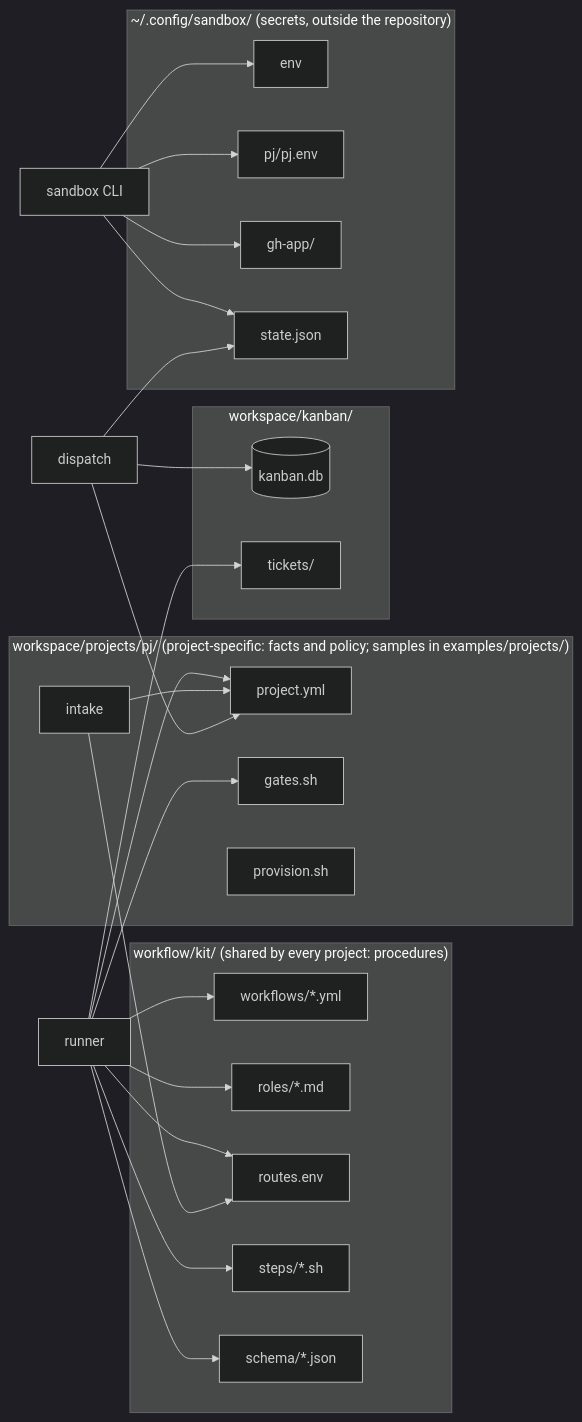
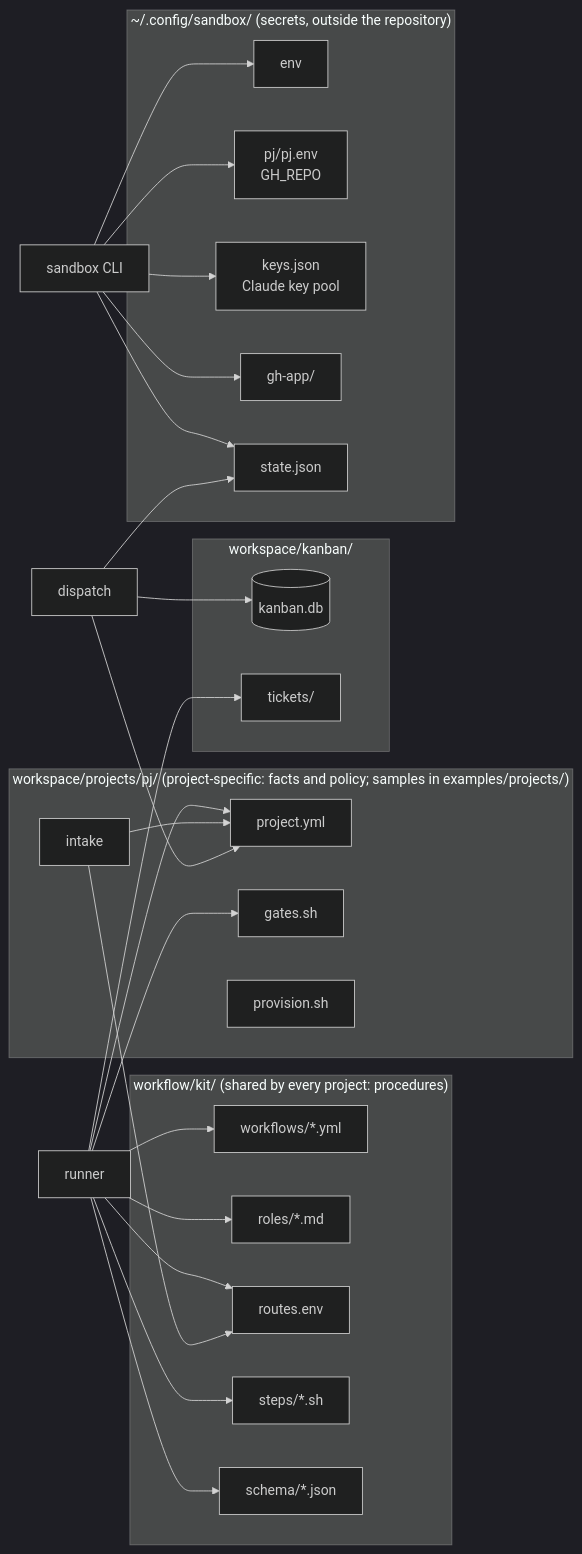
One commit to akkijp-oss/aifactory changed the diagram in website/content/en/concepts/configuration.md. Above: the diagram before and after it, drawn with Mermaid (dark theme). The commit also changed other lines of this file and 62 other files, not shown here.

First line of the commit message:
VM に渡す Claude の鍵の出どころを鍵プールだけにし、sandbox の env ファイル経路を廃止する（ADR-0060）

````diff
--- a/website/content/en/concepts/configuration.md
+++ b/website/content/en/concepts/configuration.md
@@ -7,29 +7,30 @@
 ```mermaid
 flowchart LR
   subgraph kit["workflow/kit/ (shared by every project: procedures)"]
     WF[workflows/*.yml]
     RO[roles/*.md]
     RT[routes.env]
     ST[steps/*.sh]
     SC[schema/*.json]
   end
   subgraph pj["workspace/projects/pj/ (project-specific: facts and policy; samples in examples/projects/)"]
     PY[project.yml]
     GS[gates.sh]
     PV[provision.sh]
   end
   subgraph home["~/.config/sandbox/ (secrets, outside the repository)"]
     ENV[env]
-    PJE[pj/pj.env]
+    PJE[pj/pj.env<br>GH_REPO]
+    KEYS[keys.json<br>Claude key pool]
     APP[gh-app/]
     STJ[state.json]
   end
   subgraph kb["workspace/kanban/"]
     DB[(kanban.db)]
     TK[tickets/]
   end
   RN[runner] --> WF & RO & RT & ST & SC & PY & GS & TK
-  SB[sandbox CLI] --> ENV & PJE & APP & STJ
+  SB[sandbox CLI] --> ENV & PJE & KEYS & APP & STJ
   IN[intake] --> RT & PY
   DP[dispatch] --> PY & STJ & DB
 ```
````
